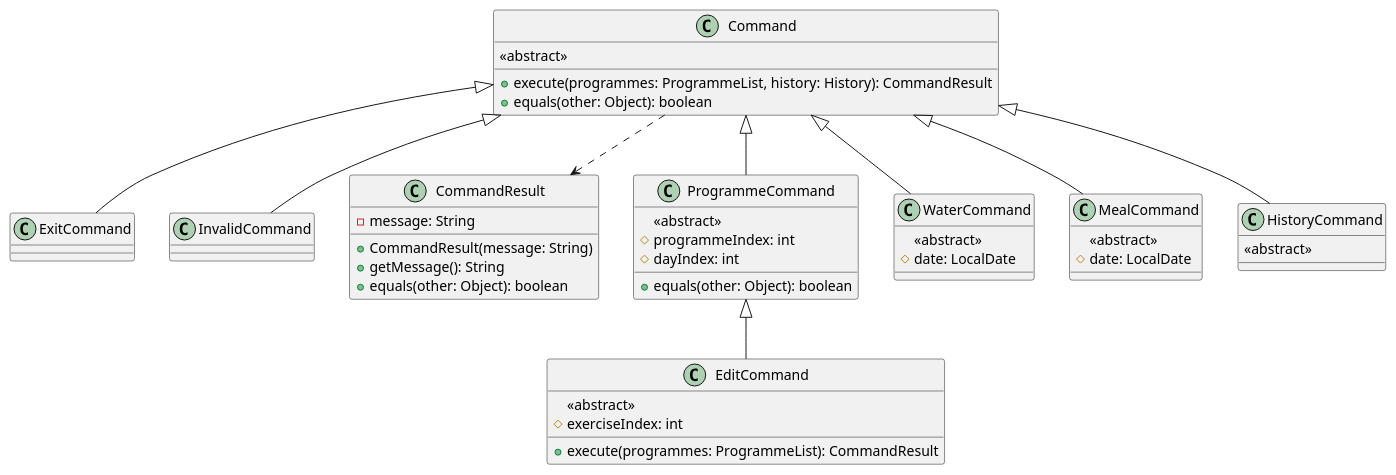
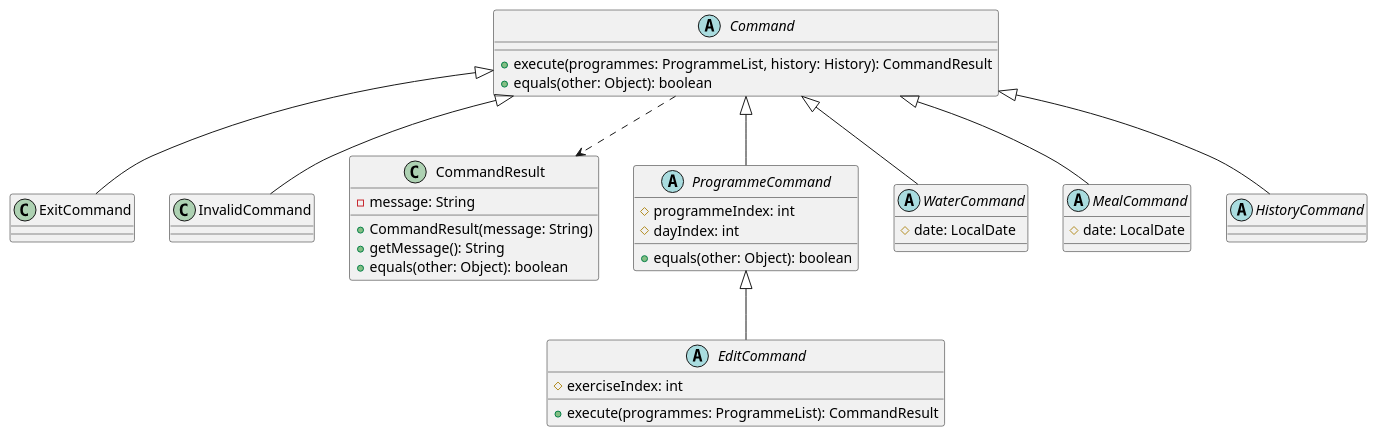
The diagram in docs/diagrams/commandSummary.puml (nus-cs2113-AY2425S1/tp), drawn with PlantUML before and after one commit. The commit also changed 11 other files, not shown here.

```diff
--- a/docs/diagrams/commandSummary.puml
+++ b/docs/diagrams/commandSummary.puml
@@ -1,57 +1,52 @@
 @startuml
 
-    class Command {
-        <<abstract>>
-        +execute(programmes: ProgrammeList, history: History): CommandResult
-        +equals(other: Object): boolean
-    }
+abstract class Command {
+    + execute(programmes: ProgrammeList, history: History): CommandResult
+    + equals(other: Object): boolean
+}
 
-    class ExitCommand {
-    }
+class ExitCommand {
+}
 
-    class InvalidCommand {
-    }
+class InvalidCommand {
+}
 
-    class CommandResult {
-        -message: String
-        +CommandResult(message: String)
-        +getMessage(): String
-        +equals(other: Object): boolean
-    }
+class CommandResult {
+    - message: String
+    + CommandResult(message: String)
+    + getMessage(): String
+    + equals(other: Object): boolean
+}
 
-    class ProgrammeCommand {
-        <<abstract>>
-        #programmeIndex: int
-        #dayIndex: int
-        +equals(other: Object): boolean
-    }
+abstract class ProgrammeCommand {
+    # programmeIndex: int
+    # dayIndex: int
+    + equals(other: Object): boolean
+}
 
-    class EditCommand {
-        <<abstract>>
-        #exerciseIndex: int
-        +execute(programmes: ProgrammeList): CommandResult
-    }
+abstract class EditCommand {
+    # exerciseIndex: int
+    + execute(programmes: ProgrammeList): CommandResult
+}
 
-    class WaterCommand {
-        <<abstract>>
-        #date: LocalDate
-    }
+abstract class WaterCommand {
+    # date: LocalDate
+}
 
-    class MealCommand {
-        <<abstract>>
-        #date: LocalDate
-    }
+abstract class MealCommand {
+    # date: LocalDate
+}
 
-    class HistoryCommand{
-        <<abstract>>
-    }
+abstract class HistoryCommand {
+}
 
-    Command <|-- ProgrammeCommand
-    Command <|-- ExitCommand
-    Command <|-- InvalidCommand
-    Command <|-- WaterCommand
-    Command <|-- MealCommand
-    Command <|-- HistoryCommand
-    ProgrammeCommand <|-- EditCommand
-    Command ..> CommandResult
+Command <|-- ProgrammeCommand
+Command <|-- ExitCommand
+Command <|-- InvalidCommand
+Command <|-- WaterCommand
+Command <|-- MealCommand
+Command <|-- HistoryCommand
+ProgrammeCommand <|-- EditCommand
+Command ..> CommandResult
+
 @enduml
```
